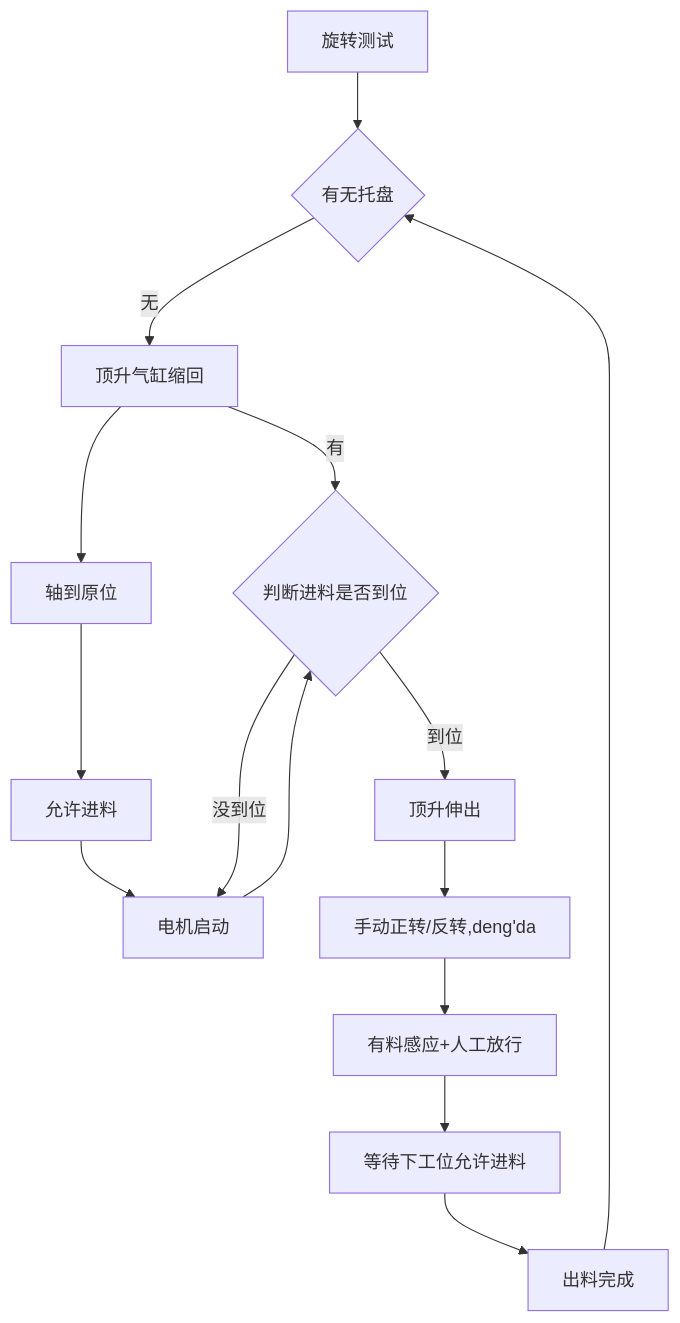
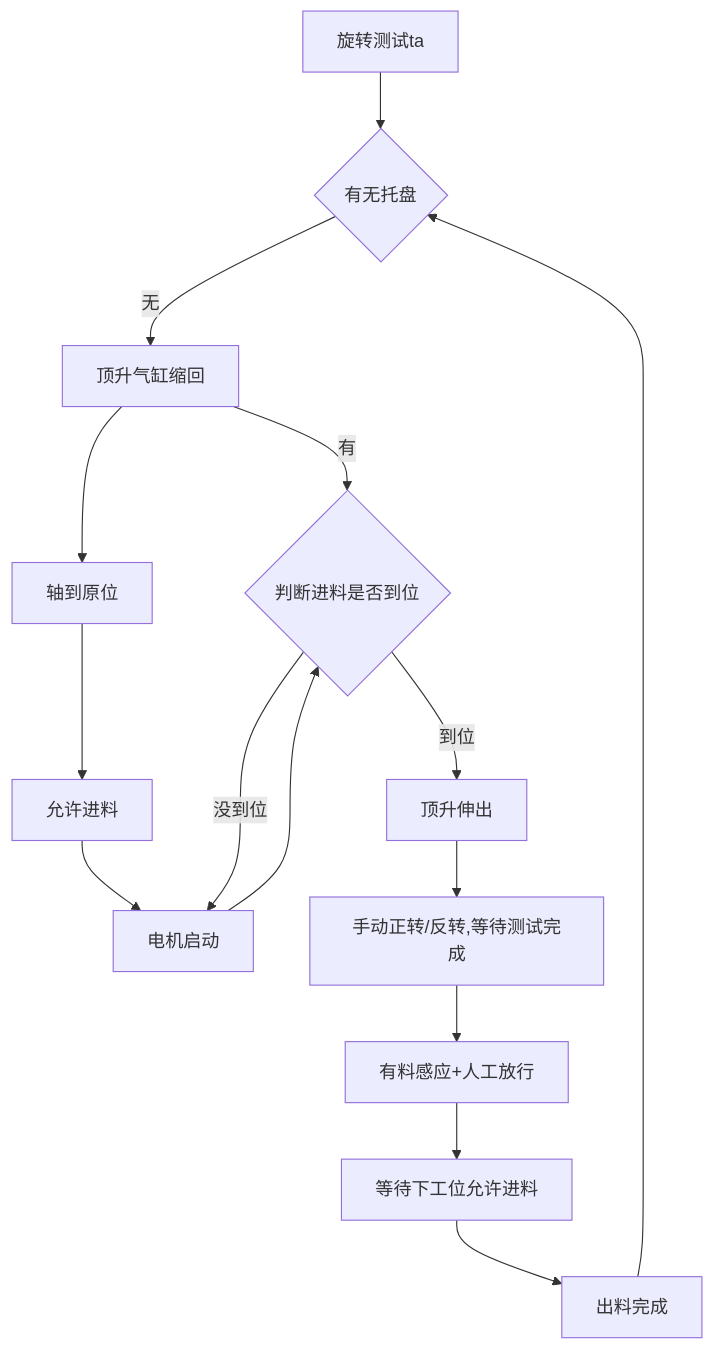
One commit to PengKun1/iodraw-files changed the diagram in all/旋转测试台.md. Above: the diagram before and after it, drawn with Mermaid.

Commit message:
2024-12-23 16:25:41 update

````diff
--- a/all/旋转测试台.md
+++ b/all/旋转测试台.md
@@ -1,17 +1,17 @@
 ```mermaid
 graph TD
-0[旋转测试]-->10
+0[旋转测试ta]-->10
 10{有无托盘}-->|无|20
 20-->|有|50
 20[顶升气缸缩回]-->30
 30[轴到原位]-->40
 40[允许进料]-->45
 45[电机启动]-->50
 50{判断进料是否到位}-->|到位|60 
 50-->|没到位|45
 60[顶升伸出]-->70
-70[手动正转/反转,deng'da]-->80
+70[手动正转/反转,等待测试完成]-->80
 80[有料感应+人工放行]-->90
 90[等待下工位允许进料]-->100
 100[出料完成]-->10
 ```
````
